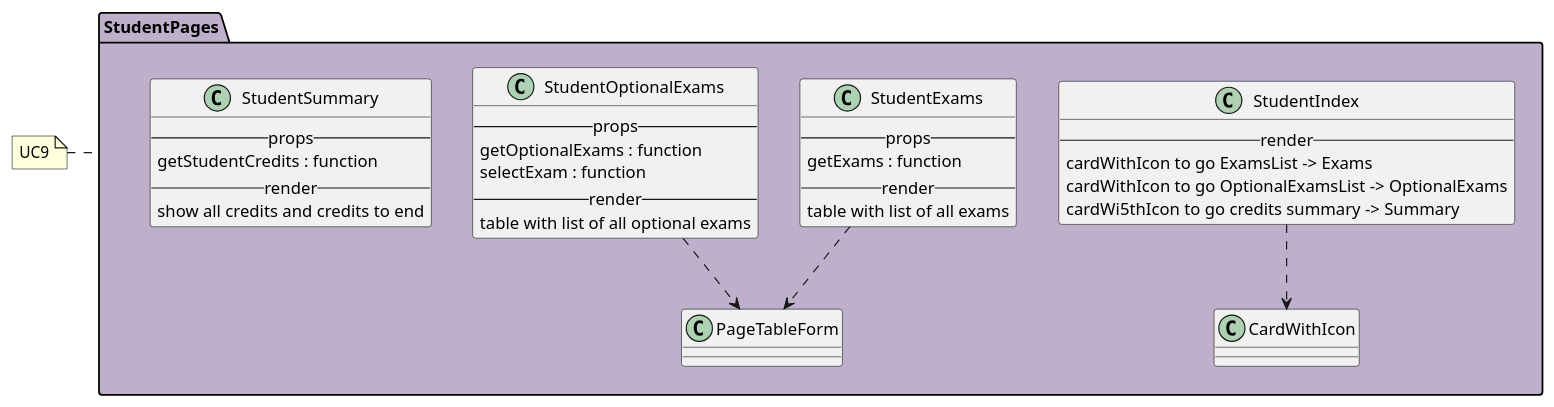
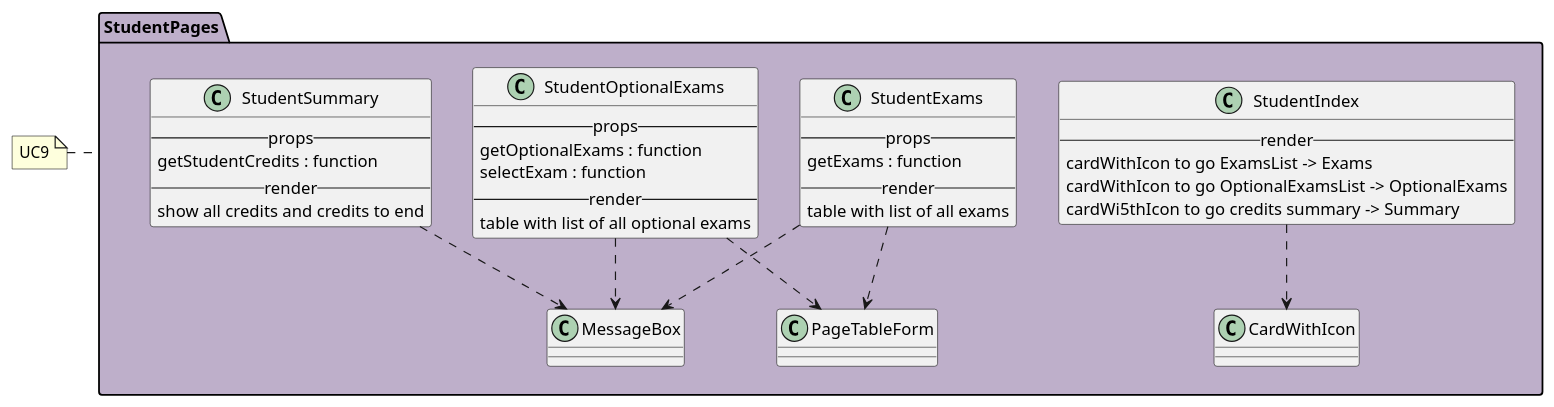
The diagram in react/student/index.iuml (M9k/Marvin-Uml), drawn with PlantUML before and after one commit. The commit also changed 7 other files, not shown here.

```diff
--- a/react/student/index.iuml
+++ b/react/student/index.iuml
@@ -1,37 +1,40 @@
 package StudentPages #BEAFCA {
 
 class StudentIndex{
     --render--
         cardWithIcon to go ExamsList -> Exams
         cardWithIcon to go OptionalExamsList -> OptionalExams
         cardWi5thIcon to go credits summary -> Summary
 }
 StudentIndex ..> CardWithIcon
 
 class StudentExams{
     --props--
         getExams : function
     --render--
         table with list of all exams
 }
 StudentExams ..> PageTableForm
+StudentExams ..> MessageBox
 
 class StudentOptionalExams{
     --props--
         getOptionalExams : function
         selectExam : function
     --render--
         table with list of all optional exams
 }
 StudentOptionalExams ..> PageTableForm
+StudentOptionalExams ..> MessageBox
 
 class StudentSummary{
     --props--
         getStudentCredits : function
     --render--
         show all credits and credits to end
 }
+StudentSummary ..> MessageBox
 
 }
 
 note left of StudentPages: UC9
```
